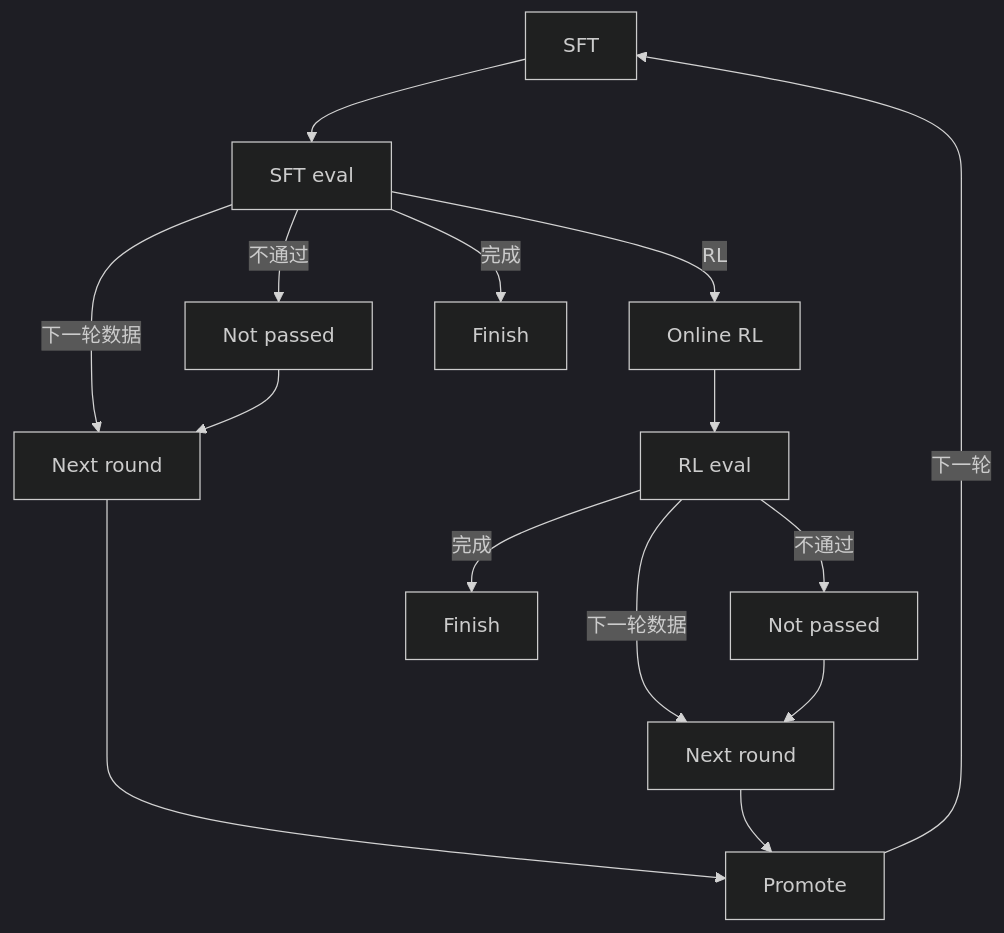
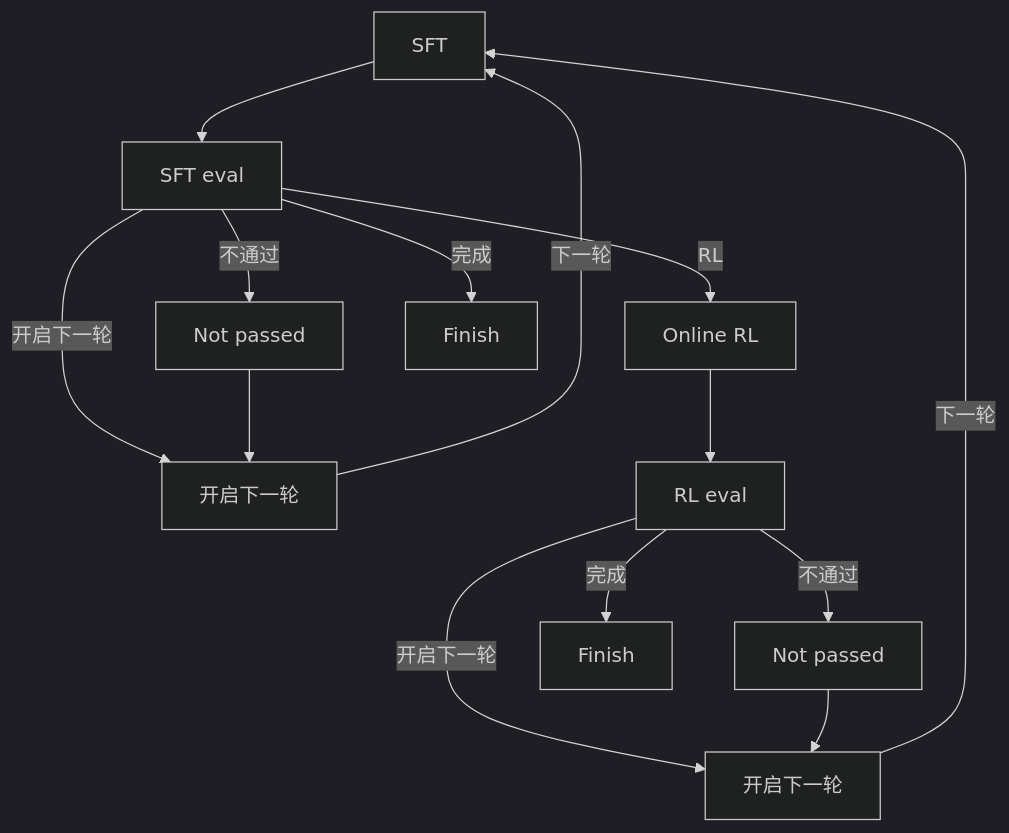
One commit to achievec/ms-swift changed the diagram in rsi/README.md. Above: the diagram before and after it, drawn with Mermaid (dark theme). The commit also changed other lines of this file and 13 other files, not shown here.

First line of the commit message:
合并晋级与下一轮数据为「开启下一轮」，去掉流程图上的重复节点。

````diff
--- a/rsi/README.md
+++ b/rsi/README.md
@@ -11,17 +11,16 @@
 ```mermaid
 flowchart TD
   sft[SFT] --> se[SFT eval]
   se -->|不通过| miss[Not passed]
   se -->|RL| rl[Online RL]
   se -->|完成| done[Finish]
-  se -->|下一轮数据| nxt[Next round]
+  se -->|开启下一轮| nxt[开启下一轮]
   miss --> nxt
   rl --> re[RL eval]
   re -->|不通过| rmiss[Not passed]
   re -->|完成| rdone[Finish]
-  re -->|下一轮数据| rnxt[Next round]
+  re -->|开启下一轮| rnxt[开启下一轮]
   rmiss --> rnxt
-  nxt --> promo[Promote]
-  rnxt --> promo
-  promo -->|下一轮| sft
+  nxt -->|下一轮| sft
+  rnxt -->|下一轮| sft
 ```
````
